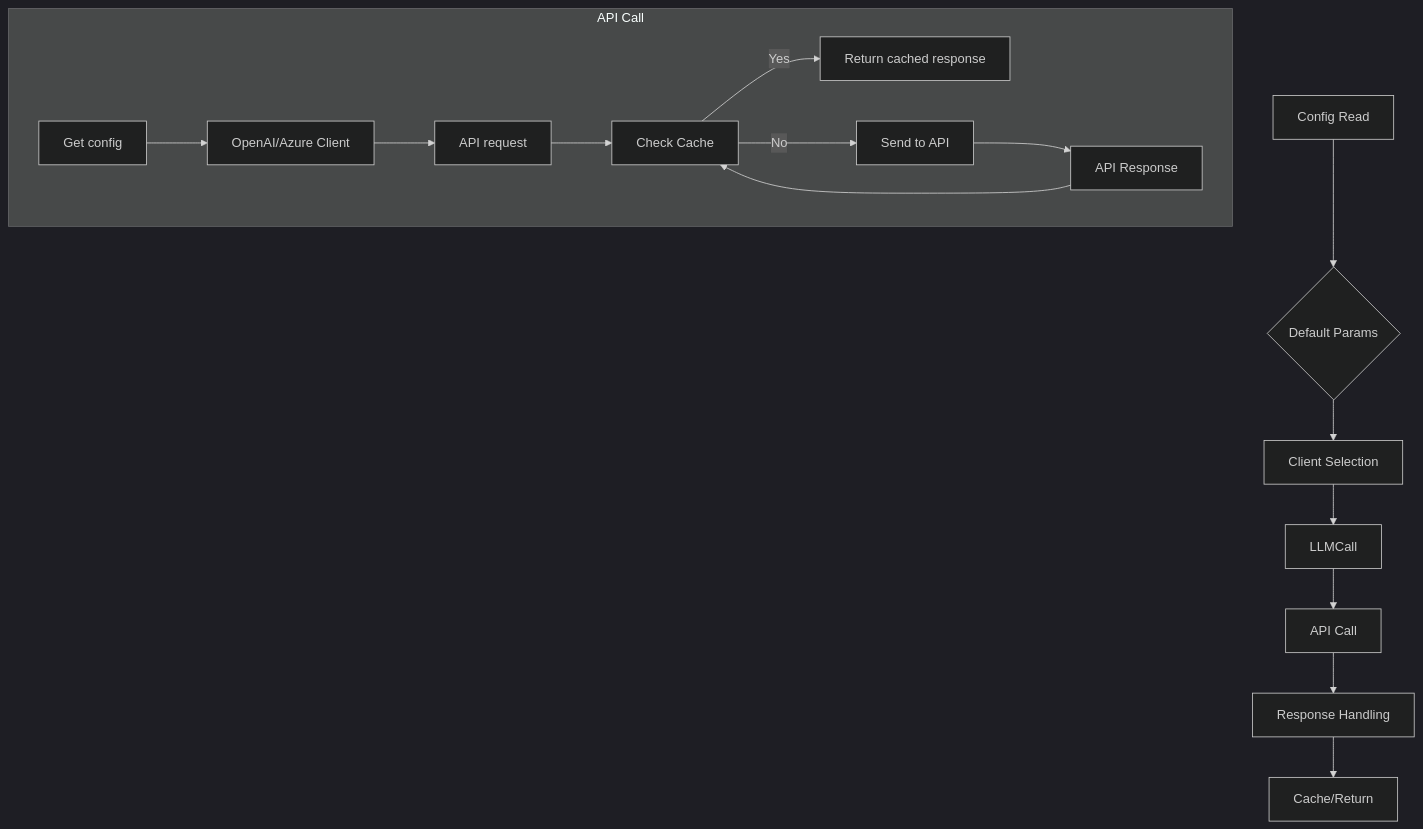
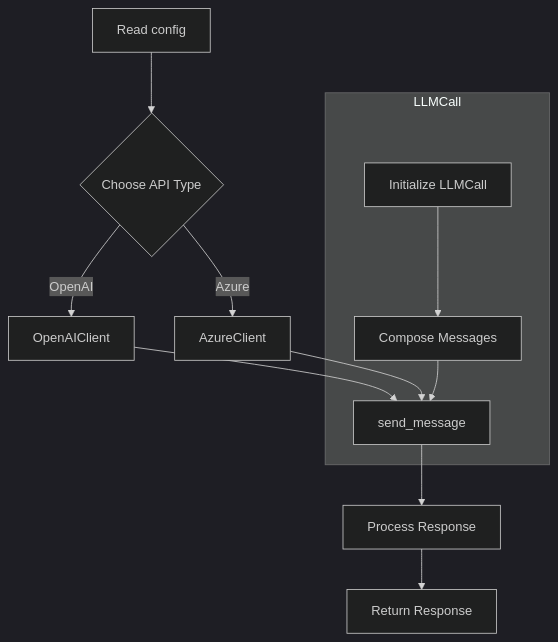
Before and after one commit to hypo69/hypo: the first of 2 diagrams in docs/gemini/ru/explainer/src/ai/tiny_troupe/TinyTroupe/tinytroupe/openai_utils.md, drawn with Mermaid (dark theme). The commit also changed other lines of this file and 632 other files, not shown here.

````diff
--- a/docs/gemini/ru/explainer/src/ai/tiny_troupe/TinyTroupe/tinytroupe/openai_utils.md
+++ b/docs/gemini/ru/explainer/src/ai/tiny_troupe/TinyTroupe/tinytroupe/openai_utils.md
@@ -84,19 +76,14 @@
 ```mermaid
 graph TD
-    A[Config Read] --> B{Default Params};
-    B --> C[Client Selection];
-    C --> D[LLMCall];
-    D --> E[API Call];
-    E --> F[Response Handling];
-    F --> G[Cache/Return];
-
-    subgraph API Call
-        E1[Get config] --> E2[OpenAI/Azure Client];
-        E2 --> E3[API request];
-        E3 --> E4[Check Cache];
-        E4 -- Yes --> E5[Return cached response];
-        E4 -- No --> E6[Send to API];
-        E6 --> E7[API Response];
-        E7 --> E4;
+    A[Read config] --> B{Choose API Type};
+    B -- OpenAI --> C[OpenAIClient];
+    B -- Azure --> D[AzureClient];
+    C --> E[send_message];
+    D --> E;
+    E --> F[Process Response];
+    F --> G[Return Response];
+    subgraph LLMCall
+        H[Initialize LLMCall] --> I[Compose Messages];
+        I --> E;
     end
 ```
````
